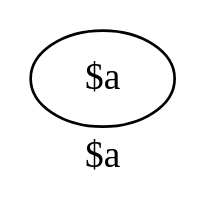
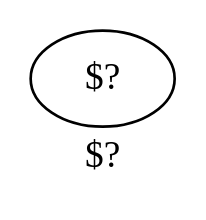
The diagram in tree.dot (YeGoRenji/minishell-1337), drawn with Graphviz before and after one commit. The commit also changed 6 other files, not shown here.

```diff
--- a/tree.dot
+++ b/tree.dot
@@ -1,4 +1,4 @@
 digraph yep {
-	label="$a"
-	n0[label="$a "];
+	label="$?"
+	n0[label="$? "];
 }
```
